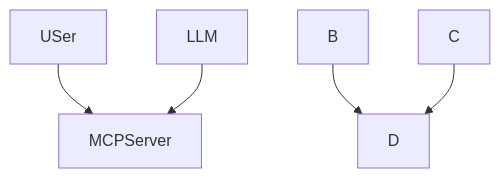
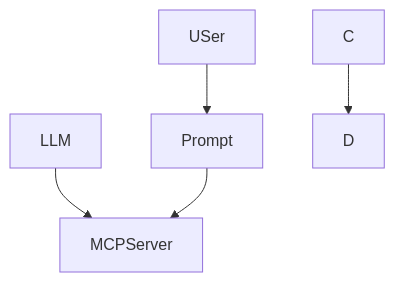
One commit to MaaeYeng2517/MCP-Server-All changed the diagram in README.md. Above: the diagram before and after it, drawn with Mermaid.

````diff
--- a/README.md
+++ b/README.md
@@ -14,7 +14,7 @@
 ```mermaid
 graph TD;
-    USer-->MCPServer;
+    USer-->Prompt;
     LLM-->MCPServer;
-    B-->D;
+    Prompt-->MCPServer;
     C-->D;
 ```
````
